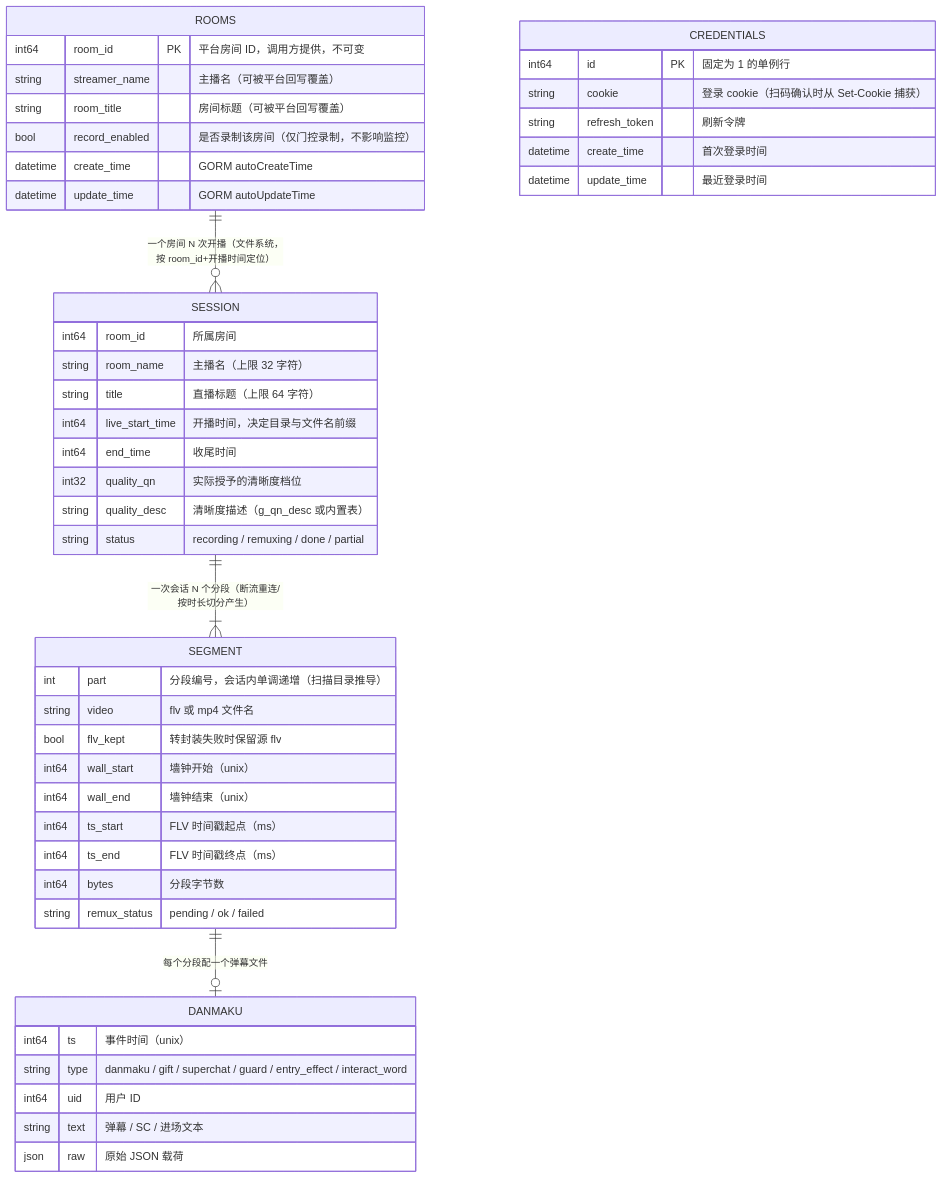
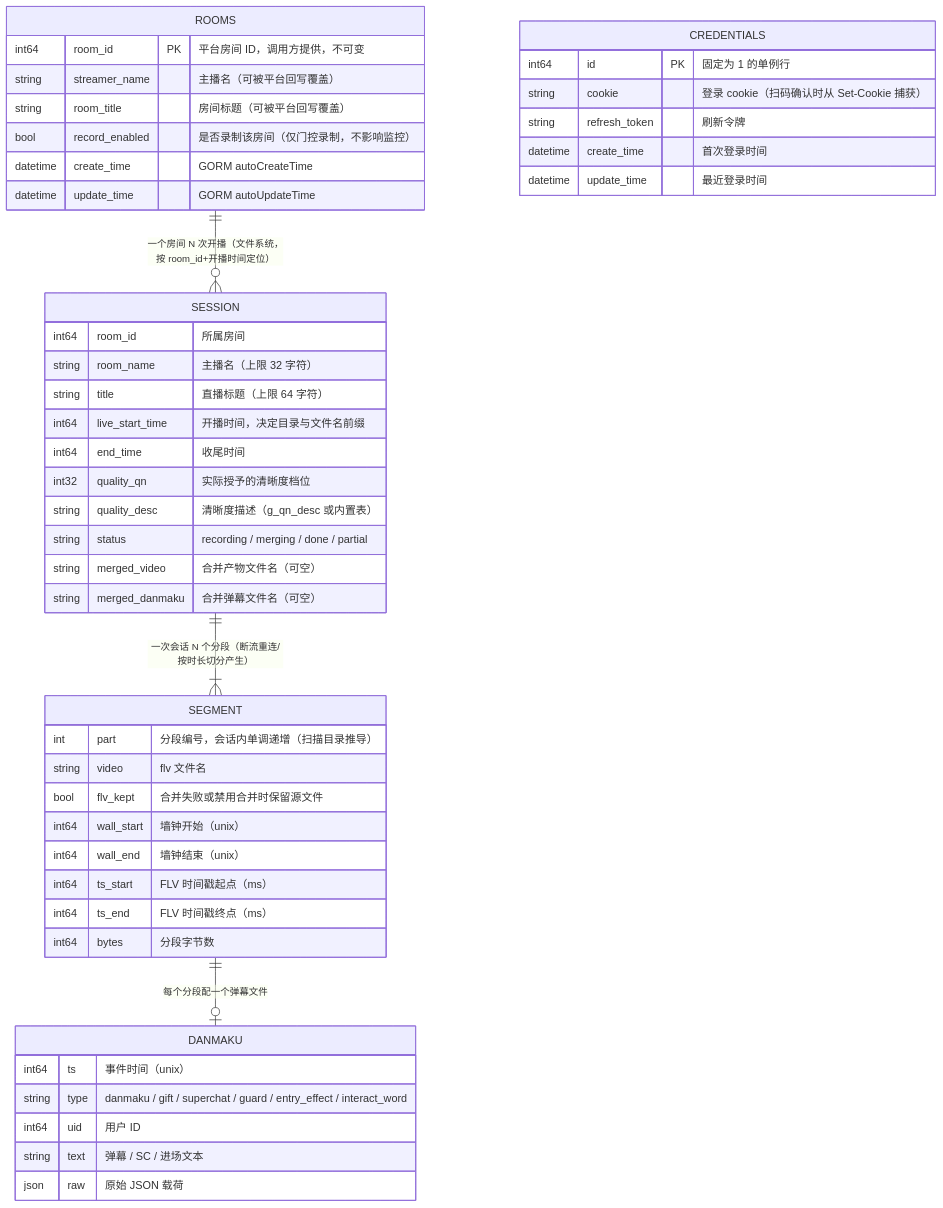
The tenth of 10 diagrams in docs/design/architecture-diagrams.md (xgbt/suika), drawn with Mermaid before and after one commit. The commit also changed other lines of this file and 34 other files, not shown here.

First line of the commit message:
Refactor recording and merging logic

````diff
--- a/docs/design/architecture-diagrams.md
+++ b/docs/design/architecture-diagrams.md
@@ -387,54 +383,55 @@
 ```mermaid
 erDiagram
     ROOMS ||--o{ SESSION : "一个房间 N 次开播（文件系统，按 room_id+开播时间定位）"
     SESSION ||--|{ SEGMENT : "一次会话 N 个分段（断流重连/按时长切分产生）"
     SEGMENT ||--o| DANMAKU : "每个分段配一个弹幕文件"
 
     ROOMS {
         int64 room_id PK "平台房间 ID，调用方提供，不可变"
         string streamer_name "主播名（可被平台回写覆盖）"
         string room_title "房间标题（可被平台回写覆盖）"
         bool record_enabled "是否录制该房间（仅门控录制，不影响监控）"
         datetime create_time "GORM autoCreateTime"
         datetime update_time "GORM autoUpdateTime"
     }
 
     CREDENTIALS {
         int64 id PK "固定为 1 的单例行"
         string cookie "登录 cookie（扫码确认时从 Set-Cookie 捕获）"
         string refresh_token "刷新令牌"
         datetime create_time "首次登录时间"
         datetime update_time "最近登录时间"
     }
 
     SESSION {
         int64 room_id "所属房间"
         string room_name "主播名（上限 32 字符）"
         string title "直播标题（上限 64 字符）"
         int64 live_start_time "开播时间，决定目录与文件名前缀"
         int64 end_time "收尾时间"
         int32 quality_qn "实际授予的清晰度档位"
         string quality_desc "清晰度描述（g_qn_desc 或内置表）"
-        string status "recording / remuxing / done / partial"
+        string status "recording / merging / done / partial"
+        string merged_video "合并产物文件名（可空）"
+        string merged_danmaku "合并弹幕文件名（可空）"
     }
 
     SEGMENT {
         int part "分段编号，会话内单调递增（扫描目录推导）"
-        string video "flv 或 mp4 文件名"
-        bool flv_kept "转封装失败时保留源 flv"
+        string video "flv 文件名"
+        bool flv_kept "合并失败或禁用合并时保留源文件"
         int64 wall_start "墙钟开始（unix）"
         int64 wall_end "墙钟结束（unix）"
         int64 ts_start "FLV 时间戳起点（ms）"
         int64 ts_end "FLV 时间戳终点（ms）"
         int64 bytes "分段字节数"
-        string remux_status "pending / ok / failed"
     }
 
     DANMAKU {
         int64 ts "事件时间（unix）"
         string type "danmaku / gift / superchat / guard / entry_effect / interact_word"
         int64 uid "用户 ID"
         string text "弹幕 / SC / 进场文本"
         json raw "原始 JSON 载荷"
     }
 ```
````
